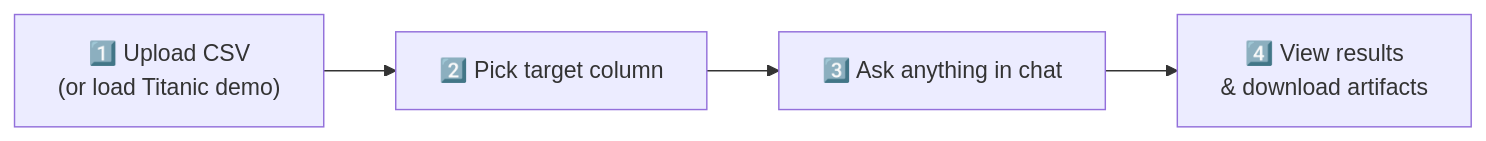
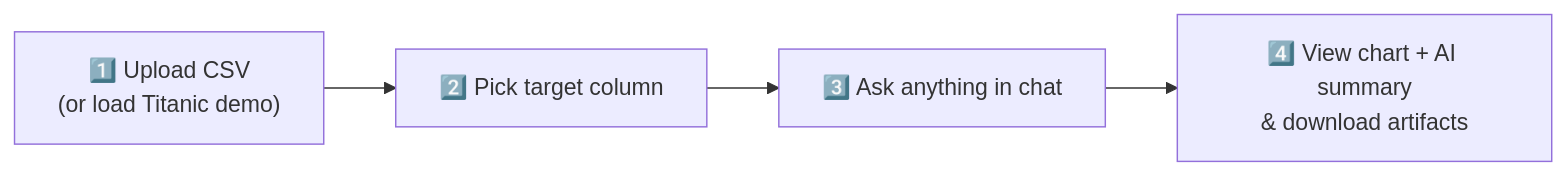
Before and after one commit to Deathslayer007/EDA-Agent: the fifth of 6 diagrams in README.md, drawn with Mermaid. The commit also changed other lines of this file and 3 other files, not shown here.

````diff
--- a/README.md
+++ b/README.md
@@ -205,6 +220,6 @@
 ```mermaid
 flowchart LR
     A["1️⃣ Upload CSV\n(or load Titanic demo)"] --> B["2️⃣ Pick target column"]
     B --> C["3️⃣ Ask anything in chat"]
-    C --> D["4️⃣ View results\n& download artifacts"]
+    C --> D["4️⃣ View chart + AI summary\n& download artifacts"]
 ```
````
